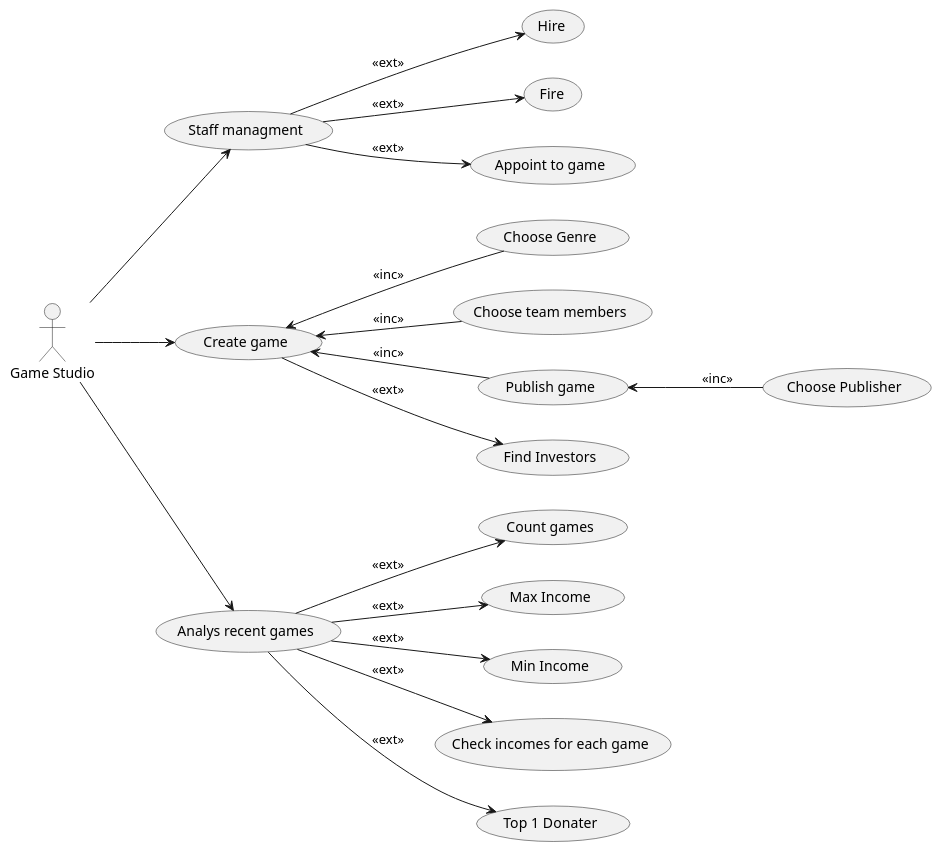
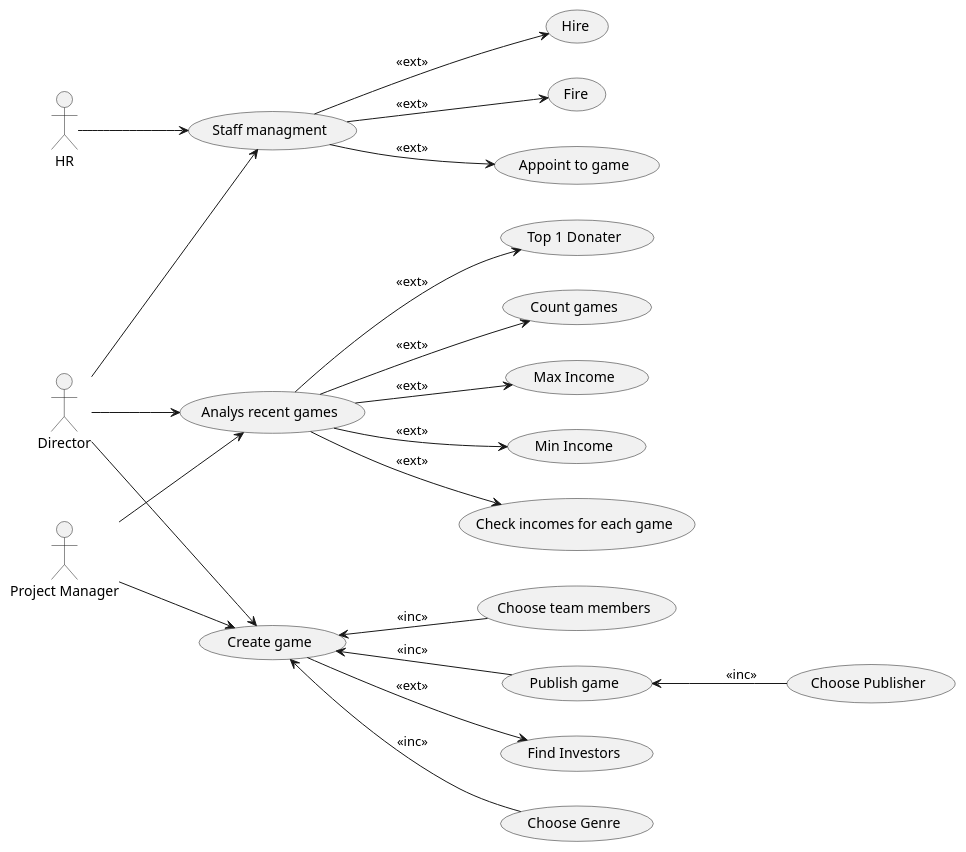
Before and after one commit to Gohnnyman/WebApp-in-Rust: the diagram in UML/UsecaseDiagram.puml, drawn with PlantUML. The commit also changed 6 other files, not shown here.

Commit message:
uml updated, table Users added

```diff
--- a/UML/UsecaseDiagram.puml
+++ b/UML/UsecaseDiagram.puml
@@ -1,45 +1,49 @@
 @startuml
 left to right direction
 
-:Actor: --> (StaffManagment)
-:Actor: --> (Create)
-:Actor: --> (Analysis)
+:Director: --> (StaffManagment)
+:Director: --> (Create)
+:Director: --> (Analysis)
+
+:Project Manager: --> (Analysis)
+:Project Manager: --> (Create)
+
+:HR: --> (StaffManagment)
 
 (StaffManagment) --> (Hire) : <<ext>>
 (StaffManagment) --> (Fire) : <<ext>>
 (StaffManagment) --> (Appoint to game) : <<ext>>
 
 (Create) <-- (Genre) : <<inc>>
 (Create) <-- (Staff) : <<inc>>
 (Create) <-- (Publish) : <<inc>>
 (Create) --> (Investitions) : <<ext>>
 
 (Analysis) --> (Count) : <<ext>>
 (Analysis) --> (MaxIncome) : <<ext>>
 (Analysis) --> (MinIncome) : <<ext>>
 (Analysis) --> (Income) : <<ext>>
 (Analysis) --> (MaxDonator) : <<ext>>
 
 (Publish) <-- (Choose Publisher) : <<inc>>
 
 
 
 
-:Actor: as "Game Studio"
 (StaffManagment) as "Staff managment"
 (Create) as "Create game"
 (Analysis) as "Analys recent games"
 (Publish) as "Publish game"
 (Genre) as "Choose Genre"
 (Staff) as "Choose team members"
 (Investitions) as "Find Investors"
 (Count) as "Count games"
 (MaxIncome) as "Max Income"
 (MinIncome) as "Min Income"
 (Income) as "Check incomes for each game"
 (MaxDonator) as "Top 1 Donater"
 (Choose Publisher) as "Choose Publisher"
 
 
 
 @enduml
```
